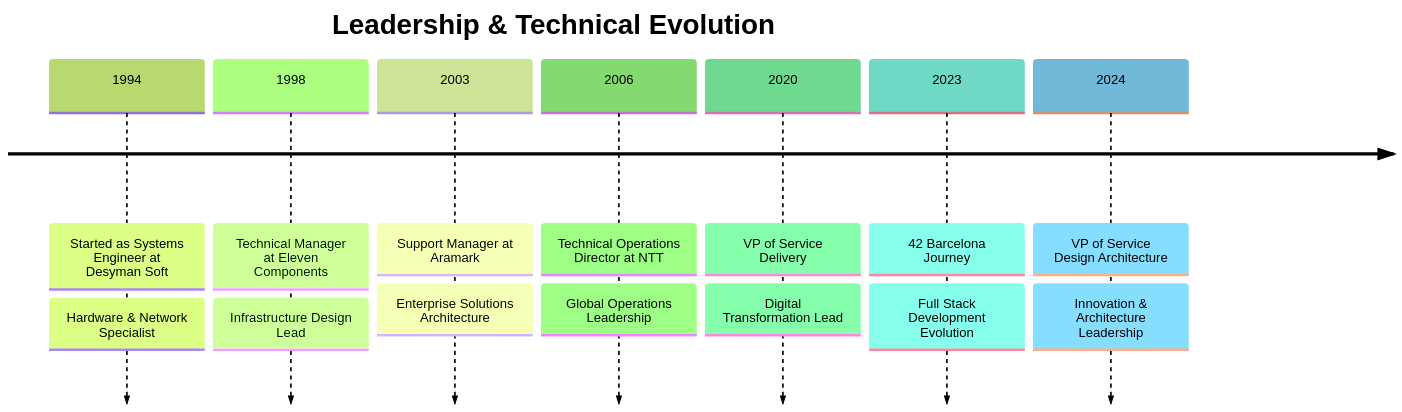
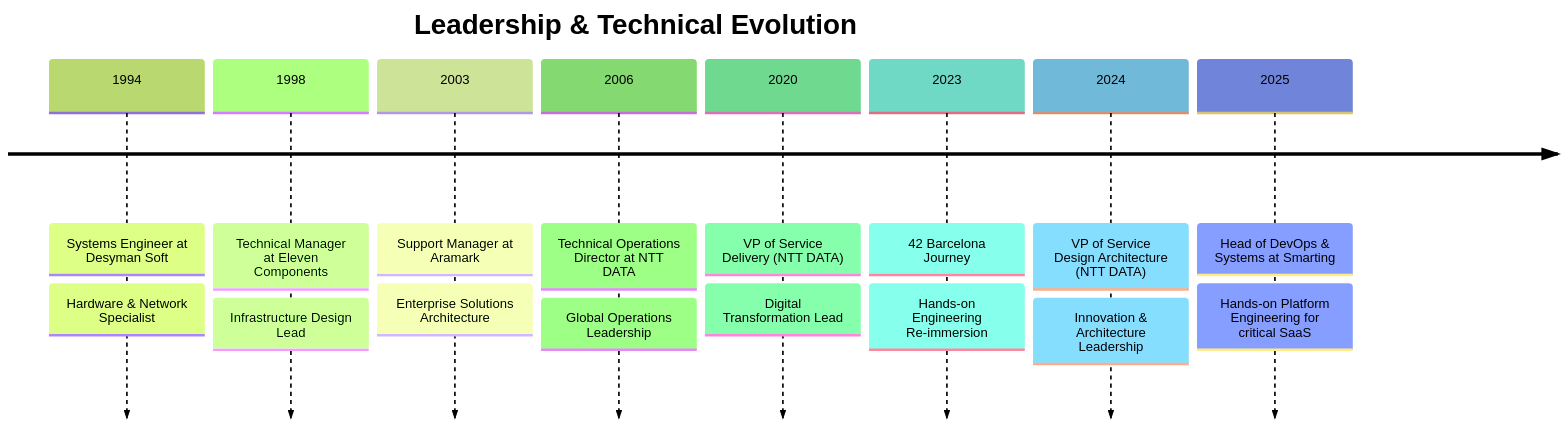
Before and after one commit to cescanue/cescanue: the diagram in README.md, drawn with Mermaid (forest theme). The commit also changed other lines of this file, not shown here.

````diff
--- a/README.md
+++ b/README.md
@@ -34,18 +52,20 @@
 ```mermaid
 timeline
     title Leadership & Technical Evolution
-    1994 : Started as Systems Engineer at Desyman Soft
+    1994 : Systems Engineer at Desyman Soft
          : Hardware & Network Specialist
     1998 : Technical Manager at Eleven Components
          : Infrastructure Design Lead
     2003 : Support Manager at Aramark
          : Enterprise Solutions Architecture
-    2006 : Technical Operations Director at NTT
+    2006 : Technical Operations Director at NTT DATA
          : Global Operations Leadership
-    2020 : VP of Service Delivery
+    2020 : VP of Service Delivery (NTT DATA)
          : Digital Transformation Lead
     2023 : 42 Barcelona Journey
-         : Full Stack Development Evolution
-    2024 : VP of Service Design Architecture
+         : Hands-on Engineering Re-immersion
+    2024 : VP of Service Design Architecture (NTT DATA)
          : Innovation & Architecture Leadership
+    2025 : Head of DevOps & Systems at Smarting
+         : Hands-on Platform Engineering for critical SaaS
 ```
````
